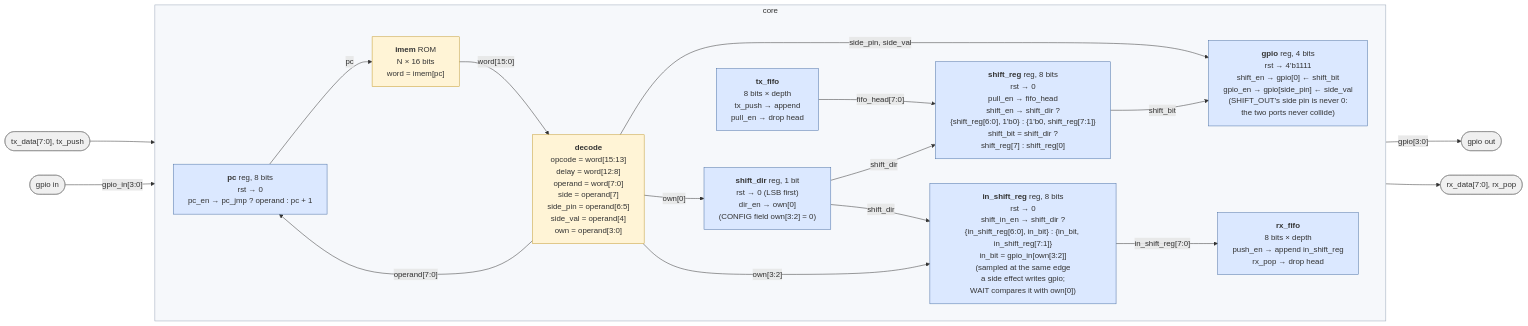
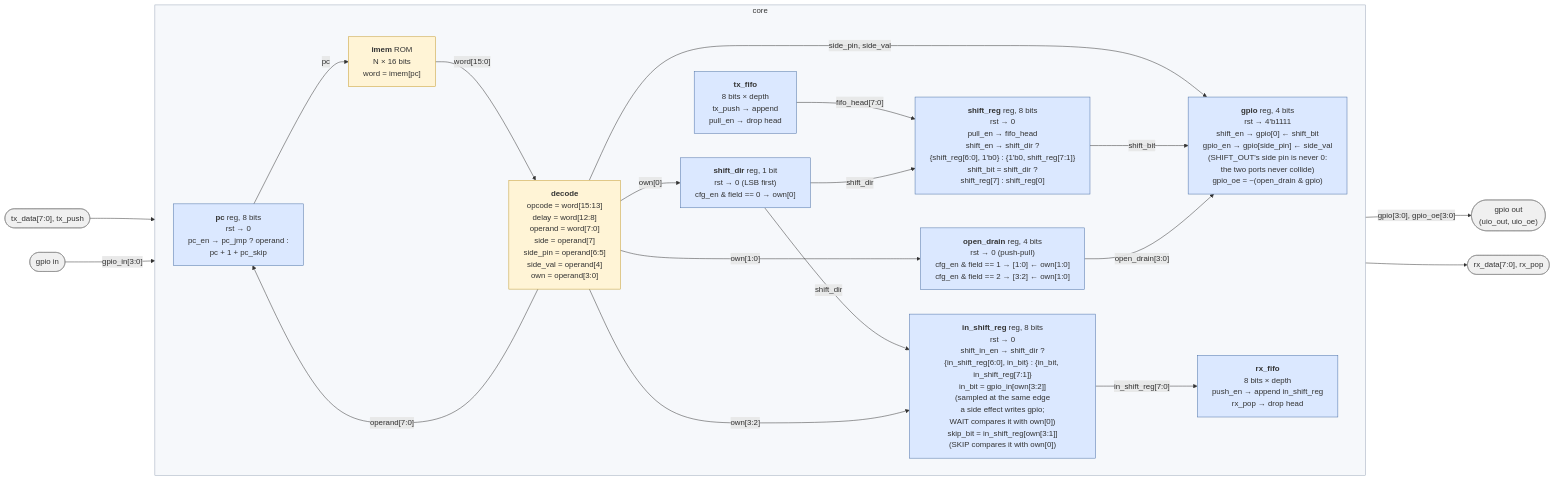
The diagram in docs/core.mmd (cshieldsce/smallcore), drawn with Mermaid before and after one commit. The commit also changed 11 other files, not shown here.

Commit message:
update diagrams for open drain pins, the config fields and skip

```diff
--- a/docs/core.mmd
+++ b/docs/core.mmd
@@ -1,48 +1,55 @@
 %%{init: {"flowchart": {"wrappingWidth": 320}}}%%
 %% Datapath at Verilog level. Blue = register (one always @(posedge clk)), yellow = combinational.
 %% Only data wires are drawn. The enables named inside each register (pull_en, push_en, shift_en,
-%% shift_in_en, gpio_en, dir_en, pc_en, pc_jmp) come from the control block, see control.svg.
+%% shift_in_en, gpio_en, cfg_en, pc_en, pc_jmp, pc_skip) come from the control block, see control.svg.
 %% gpio has two write ports: SHIFT_OUT writes gpio[0]; the one side-effect port (SET and every
 %% other instruction's `pin, level`) writes gpio[side_pin]. shift_dir selects which end of
 %% shift_reg feeds gpio[0], which end of in_shift_reg the sampled input pin enters, and which
 %% way both shift. in_bit, the input pin own[3:2] selects, also goes to the control block:
-%% WAIT stalls while in_bit != own[0], see control.svg.
+%% WAIT stalls while in_bit != own[0], see control.svg. So does in_shift_reg: SKIP compares the
+%% bit own[3:1] selects with own[0] and pc_skip adds one more to pc. The configuration registers
+%% share one write port, cfg_en with the field own[3:2]: shift_dir (field 0) and open_drain, one
+%% bit per pin, two pins per field (1 and 2); gpio_oe, the pad's enable, is combinational from
+%% open_drain and gpio: an open-drain pin at 1 is not driven.
 flowchart LR
   classDef reg fill:#dbe8ff,stroke:#4a6fa5
   classDef comb fill:#fff4d6,stroke:#c49a2a
   classDef ext fill:#f0f0f0,stroke:#888
 
   TXIN(["tx_data[7:0], tx_push"]):::ext
   GIN(["gpio in"]):::ext
 
   subgraph core["core"]
     direction LR
-    PC["<b>pc</b> reg, 8 bits<br/>rst → 0<br/>pc_en → pc_jmp ? operand : pc + 1"]:::reg
+    PC["<b>pc</b> reg, 8 bits<br/>rst → 0<br/>pc_en → pc_jmp ? operand :<br/>pc + 1 + pc_skip"]:::reg
     IMEM["<b>imem</b> ROM<br/>N × 16 bits<br/>word = imem[pc]"]:::comb
     DEC["<b>decode</b><br/>opcode = word[15:13]<br/>delay = word[12:8]<br/>operand = word[7:0]<br/>side = operand[7]<br/>side_pin = operand[6:5]<br/>side_val = operand[4]<br/>own = operand[3:0]"]:::comb
     FIFO["<b>tx_fifo</b><br/>8 bits × depth<br/>tx_push → append<br/>pull_en → drop head"]:::reg
-    SD["<b>shift_dir</b> reg, 1 bit<br/>rst → 0 (LSB first)<br/>dir_en → own[0]<br/>(CONFIG field own[3:2] = 0)"]:::reg
+    SD["<b>shift_dir</b> reg, 1 bit<br/>rst → 0 (LSB first)<br/>cfg_en & field == 0 → own[0]"]:::reg
     SR["<b>shift_reg</b> reg, 8 bits<br/>rst → 0<br/>pull_en → fifo_head<br/>shift_en → shift_dir ?<br/>{shift_reg[6:0], 1'b0} : {1'b0, shift_reg[7:1]}<br/>shift_bit = shift_dir ?<br/>shift_reg[7] : shift_reg[0]"]:::reg
-    PIN["<b>gpio</b> reg, 4 bits<br/>rst → 4'b1111<br/>shift_en → gpio[0] ← shift_bit<br/>gpio_en → gpio[side_pin] ← side_val<br/>(SHIFT_OUT's side pin is never 0:<br/>the two ports never collide)"]:::reg
-    ISR["<b>in_shift_reg</b> reg, 8 bits<br/>rst → 0<br/>shift_in_en → shift_dir ?<br/>{in_shift_reg[6:0], in_bit} : {in_bit, in_shift_reg[7:1]}<br/>in_bit = gpio_in[own[3:2]]<br/>(sampled at the same edge<br/>a side effect writes gpio;<br/>WAIT compares it with own[0])"]:::reg
+    OD["<b>open_drain</b> reg, 4 bits<br/>rst → 0 (push-pull)<br/>cfg_en & field == 1 → [1:0] ← own[1:0]<br/>cfg_en & field == 2 → [3:2] ← own[1:0]"]:::reg
+    PIN["<b>gpio</b> reg, 4 bits<br/>rst → 4'b1111<br/>shift_en → gpio[0] ← shift_bit<br/>gpio_en → gpio[side_pin] ← side_val<br/>(SHIFT_OUT's side pin is never 0:<br/>the two ports never collide)<br/>gpio_oe = ~(open_drain & gpio)"]:::reg
+    ISR["<b>in_shift_reg</b> reg, 8 bits<br/>rst → 0<br/>shift_in_en → shift_dir ?<br/>{in_shift_reg[6:0], in_bit} : {in_bit, in_shift_reg[7:1]}<br/>in_bit = gpio_in[own[3:2]]<br/>(sampled at the same edge<br/>a side effect writes gpio;<br/>WAIT compares it with own[0])<br/>skip_bit = in_shift_reg[own[3:1]]<br/>(SKIP compares it with own[0])"]:::reg
     RXF["<b>rx_fifo</b><br/>8 bits × depth<br/>push_en → append in_shift_reg<br/>rx_pop → drop head"]:::reg
 
     PC -->|"pc"| IMEM
     IMEM -->|"word[15:0]"| DEC
     DEC -->|"side_pin, side_val"| PIN
     DEC -->|"operand[7:0]"| PC
     DEC -->|"own[0]"| SD
-    SD -->|"shift_dir"| SR
+    DEC -->|"own[1:0]"| OD
     SD -->|"shift_dir"| ISR
     DEC -->|"own[3:2]"| ISR
     FIFO -->|"fifo_head[7:0]"| SR
     SR -->|"shift_bit"| PIN
+    OD -->|"open_drain[3:0]"| PIN
+    SD -->|"shift_dir"| SR
     ISR -->|"in_shift_reg[7:0]"| RXF
   end
 
   TXIN --> FIFO
   GIN -->|"gpio_in[3:0]"| ISR
-  PIN -->|"gpio[3:0]"| OUT(["gpio out"]):::ext
+  PIN -->|"gpio[3:0], gpio_oe[3:0]"| OUT(["gpio out<br/>(uio_out, uio_oe)"]):::ext
   RXF --> RXOUT(["rx_data[7:0], rx_pop"]):::ext
 
   style core fill:#f6f8fb,stroke:#9aa7b8
```
